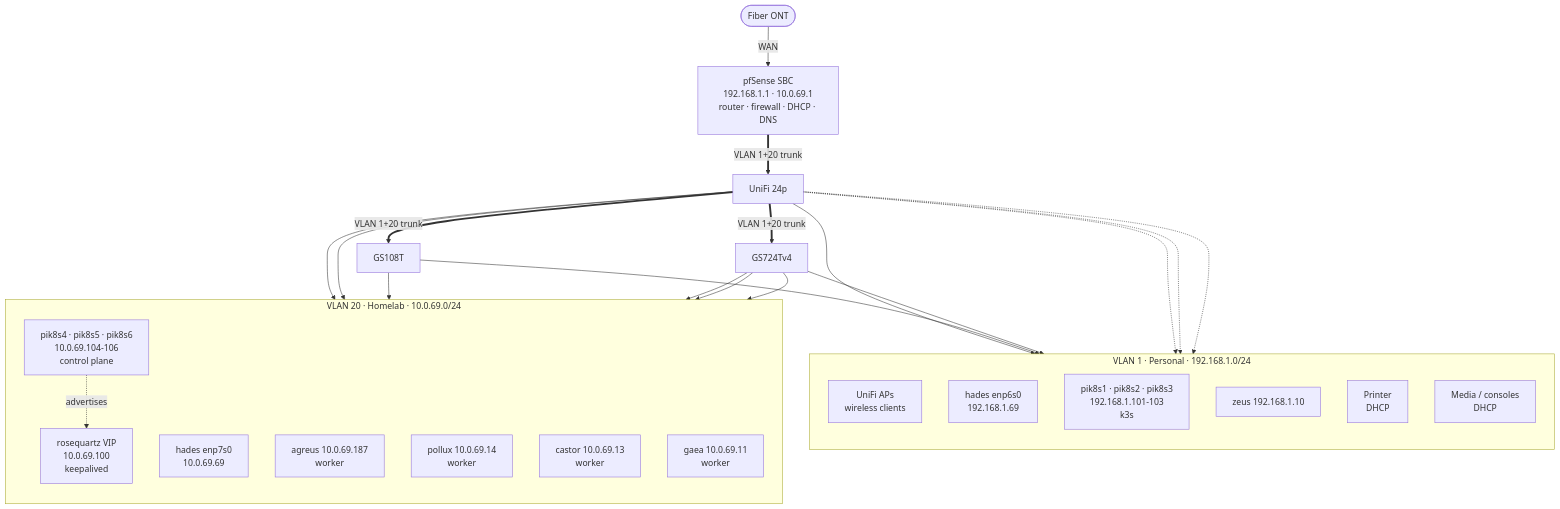
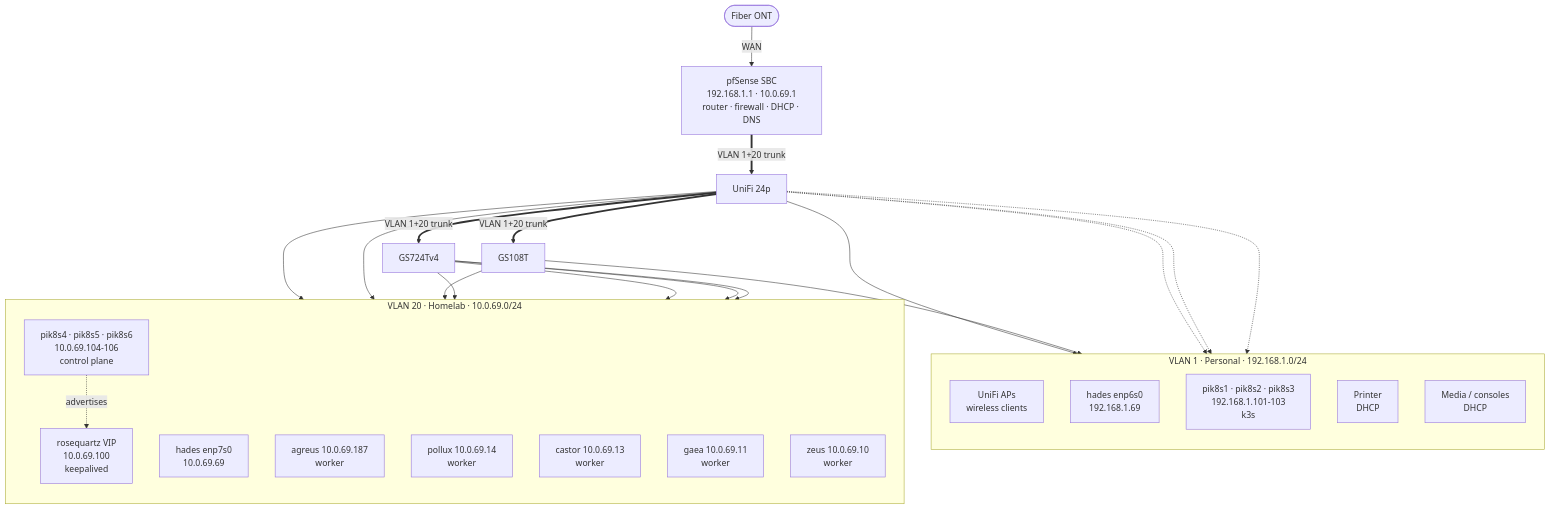
The diagram in NETWORK.md (UnstoppableMango/nixos), drawn with Mermaid before and after one commit. The commit also changed other lines of this file and 2 other files, not shown here.

First line of the commit message:
docs: correct zeus and castor VLAN topology (#297)

````diff
--- a/NETWORK.md
+++ b/NETWORK.md
@@ -17,51 +17,51 @@
 ```mermaid
 flowchart TB
   ONT(["Fiber ONT"])
   FW["pfSense SBC<br/>192.168.1.1 · 10.0.69.1<br/>router · firewall · DHCP · DNS"]
 
   ONT -->|WAN| FW
 
   U24["UniFi 24p"]
   GS108["GS108T"]
   GS724["GS724Tv4"]
 
   FW ==>|"VLAN 1+20 trunk"| U24
   U24 ==>|"VLAN 1+20 trunk"| GS108
   U24 ==>|"VLAN 1+20 trunk"| GS724
 
   subgraph V1["VLAN 1 · Personal · 192.168.1.0/24"]
     direction TB
     AP["UniFi APs<br/>wireless clients"]
     HADES1["hades enp6s0<br/>192.168.1.69"]
     K3S["pik8s1 · pik8s2 · pik8s3<br/>192.168.1.101-103<br/>k3s"]
-    ZEUS["zeus 192.168.1.10"]
     PRN["Printer<br/>DHCP"]
     MED["Media / consoles<br/>DHCP"]
   end
 
   subgraph V20["VLAN 20 · Homelab · 10.0.69.0/24"]
     direction TB
     VIP["rosequartz VIP<br/>10.0.69.100<br/>keepalived"]
     HADES2["hades enp7s0<br/>10.0.69.69"]
     CP["pik8s4 · pik8s5 · pik8s6<br/>10.0.69.104-106<br/>control plane"]
     AGREUS["agreus 10.0.69.187<br/>worker"]
     POLLUX["pollux 10.0.69.14<br/>worker"]
     CASTOR["castor 10.0.69.13<br/>worker"]
     GAEA["gaea 10.0.69.11<br/>worker"]
+    ZEUS["zeus 10.0.69.10<br/>worker"]
   end
 
   U24 --> AP
   U24 --> CP
   U24 --> AGREUS
   GS108 --> HADES1
   GS108 --> HADES2
   GS724 --> ZEUS
   GS724 --> GAEA
   GS724 --> CASTOR
   U24 -.-> K3S
   U24 -.-> PRN
   U24 -.-> MED
   GS724 --> POLLUX
 
   CP -.->|advertises| VIP
 ```
````
